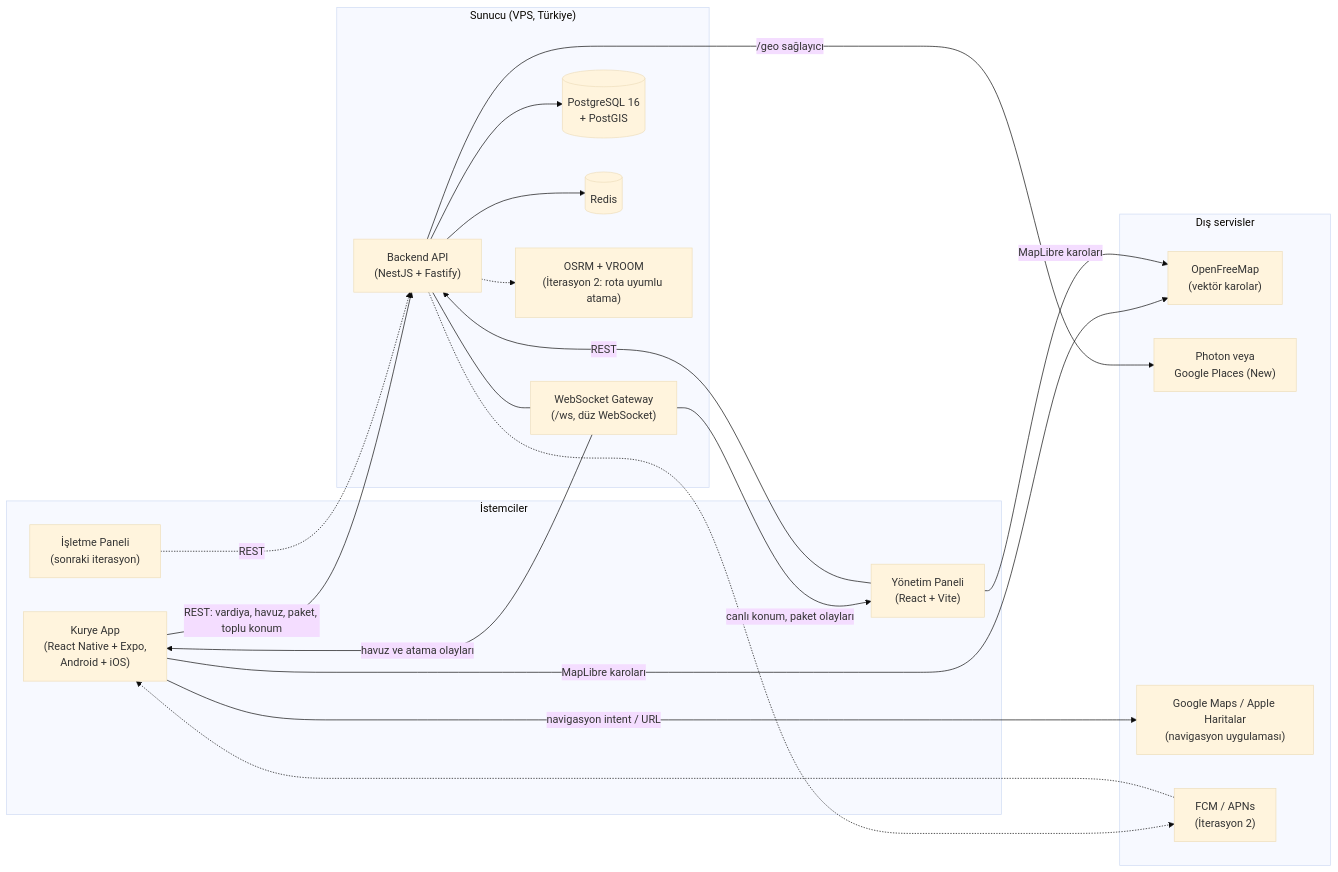
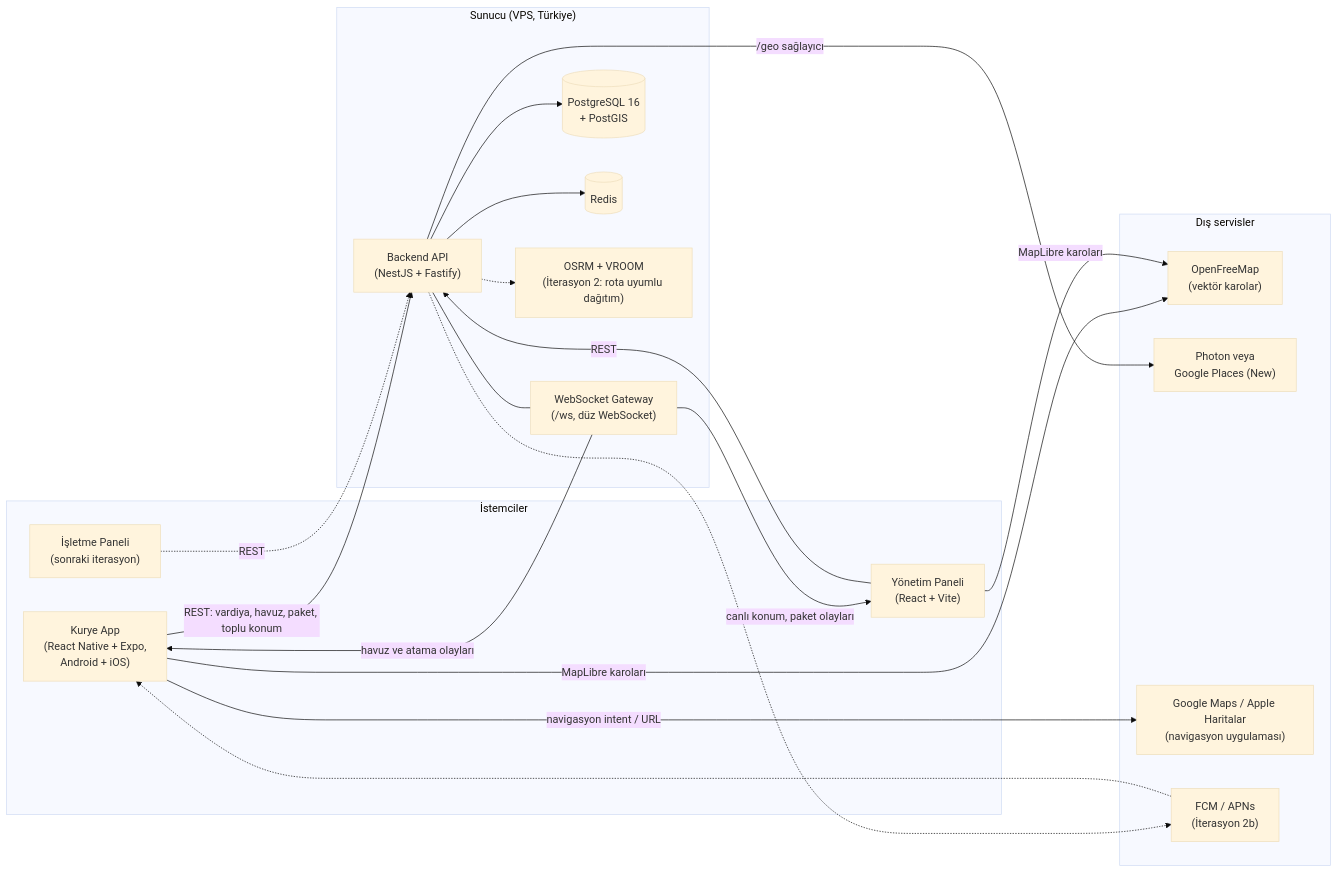
One commit to Kadir0642/kurye-yonetim-sistemi-showcase changed the first of 5 diagrams in docs/MIMARI.md. Above: the diagram before and after it, drawn with Mermaid (base theme). The commit also changed other lines of this file and 9 other files, not shown here.

````diff
--- a/docs/MIMARI.md
+++ b/docs/MIMARI.md
@@ -25,39 +26,39 @@
 ```mermaid
 flowchart LR
     subgraph Istemciler["İstemciler"]
         KA["Kurye App<br/>(React Native + Expo,<br/>Android + iOS)"]
         YP["Yönetim Paneli<br/>(React + Vite)"]
         IP["İşletme Paneli<br/>(sonraki iterasyon)"]
     end
 
     subgraph Sunucu["Sunucu (VPS, Türkiye)"]
         API["Backend API<br/>(NestJS + Fastify)"]
         WS["WebSocket Gateway<br/>(/ws, düz WebSocket)"]
         PG[("PostgreSQL 16<br/>+ PostGIS")]
         RD[("Redis")]
-        OSRM["OSRM + VROOM<br/>(İterasyon 2: rota uyumlu atama)"]
+        OSRM["OSRM + VROOM<br/>(İterasyon 2: rota uyumlu dağıtım)"]
     end
 
     subgraph Dis["Dış servisler"]
         OFM["OpenFreeMap<br/>(vektör karolar)"]
         GEO["Photon veya<br/>Google Places (New)"]
         NAV["Google Maps / Apple Haritalar<br/>(navigasyon uygulaması)"]
-        PUSH["FCM / APNs<br/>(İterasyon 2)"]
+        PUSH["FCM / APNs<br/>(İterasyon 2b)"]
     end
 
     KA -->|"REST: vardiya, havuz, paket, toplu konum"| API
     YP -->|"REST"| API
     IP -.->|"REST"| API
     API --- WS
     WS -->|"canlı konum, paket olayları"| YP
     WS -->|"havuz ve atama olayları"| KA
     API --> PG
     API --> RD
     API -.-> OSRM
     API -->|"/geo sağlayıcı"| GEO
     KA -->|"MapLibre karoları"| OFM
     YP -->|"MapLibre karoları"| OFM
     KA -->|"navigasyon intent / URL"| NAV
     API -.-> PUSH
     PUSH -.-> KA
 ```
````
